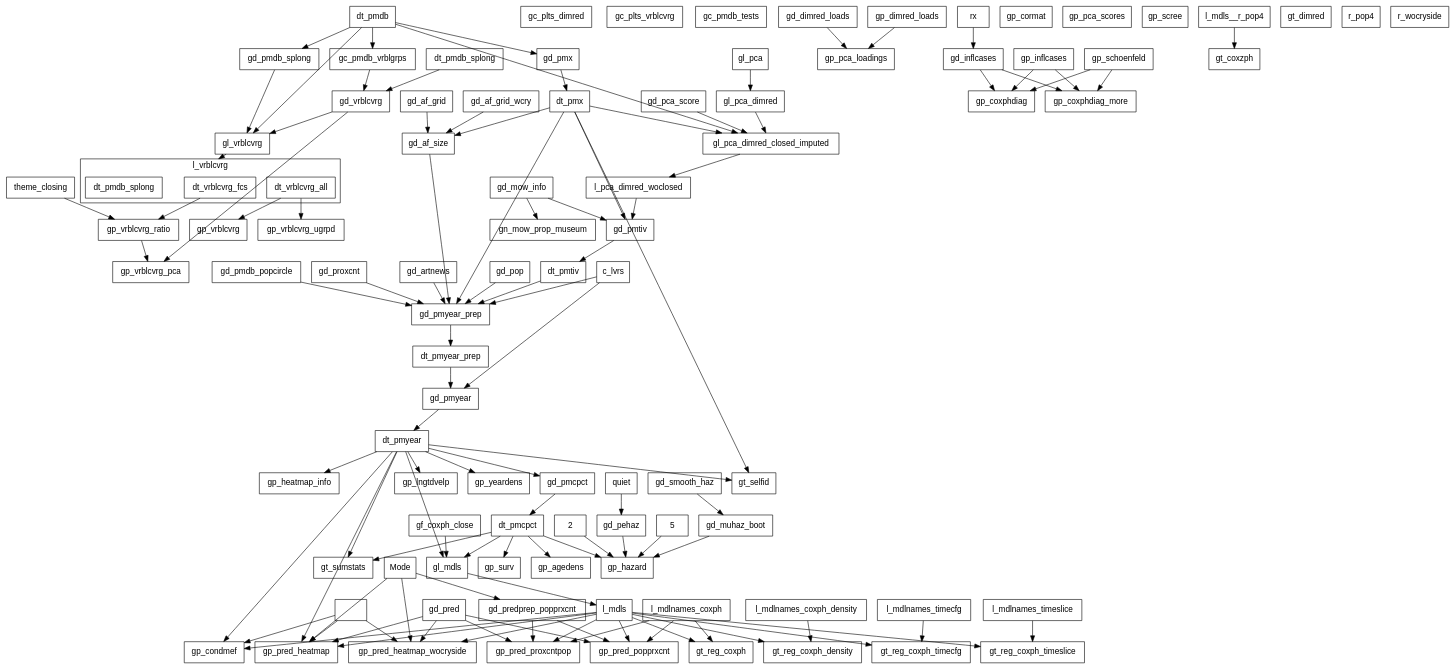
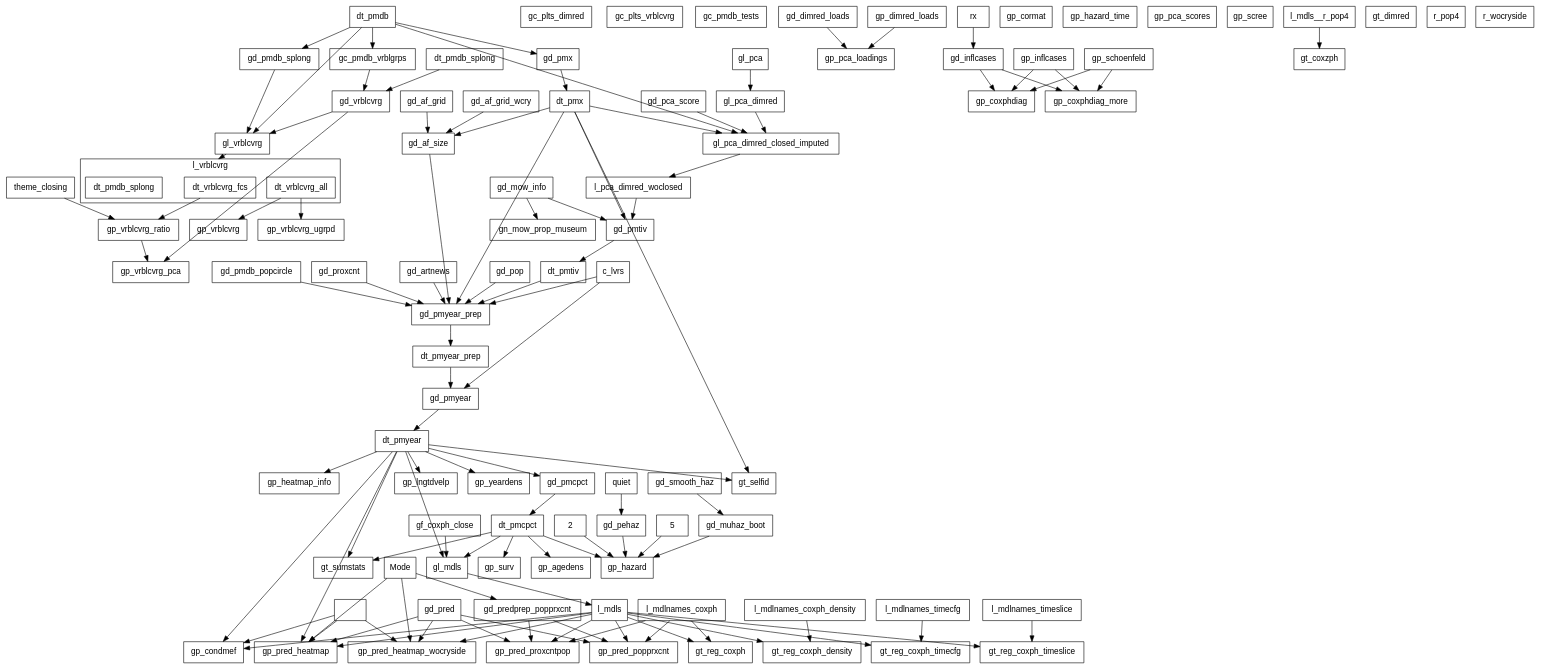
One commit to swhalemwo/pm_closing changed the diagram in misc/callgraph2.dot. Above: the diagram before and after it, drawn with Graphviz. The commit also changed 1 other file, not shown here.

Commit message:
add p_hazard_time snippets

```diff
--- a/misc/callgraph2.dot
+++ b/misc/callgraph2.dot
@@ -52,6 +52,7 @@
 gp_coxphdiag_more; 
 gp_dimred_loads; 
 gp_hazard; 
+gp_hazard_time; 
 gp_heatmap_info; 
 gp_inflcases; 
 gp_lngtdvelp; 
```
